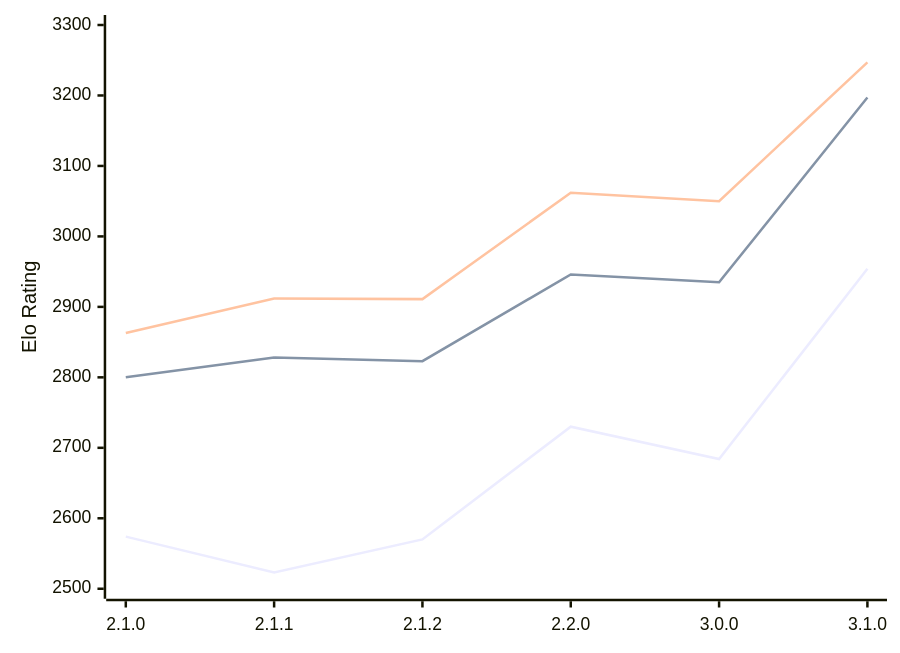
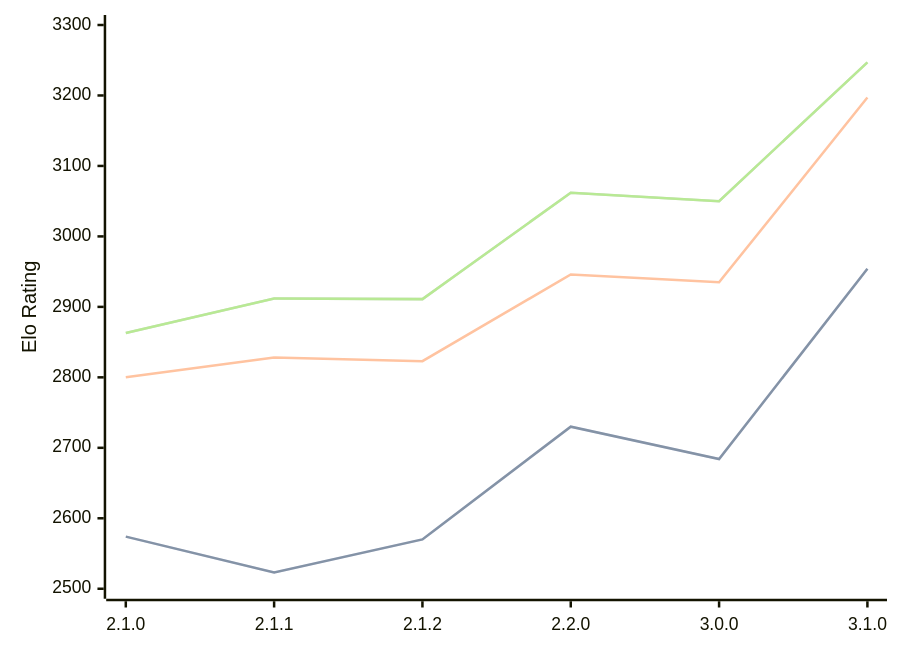
The diagram in engines/Prune.md (computer-chess-index/cci), drawn with Mermaid before and after one commit. The commit also changed other lines of this file, not shown here.

Commit message:
Update CCI Ratings (ELO VLTC) - 2026-02-13

````diff
--- a/engines/Prune.md
+++ b/engines/Prune.md
@@ -37,9 +37,11 @@
 ```mermaid
 %%{init: {"theme":"base","themeVariables":{"seriesColors:['#a3a3a3','#222221','#faa371']}}}%%
 xychart-beta
   x-axis ["2.1.0", "2.1.1", "2.1.2", "2.2.0", "3.0.0", "3.1.0"]
   y-axis "Elo Rating" 2500 --> 3300
   line "STC (8.0+0.08s)" [2574, 2523, 2570, 2730, 2684, 2954]
+  line "STC (8.0+0.08s)" [2574, 2523, 2570, 2730, 2684, 2954]
   line "LTC (60.0+0.60s)" [2800, 2828, 2823, 2946, 2935, 3197]
   line "VLTC (2m24s+1.12s)" [2863, 2912, 2911, 3062, 3050, 3247]
+  line "VLTC (2m24s+1.12s)" [2863, 2912, 2911, 3062, 3050, 3247]
 ```
````
